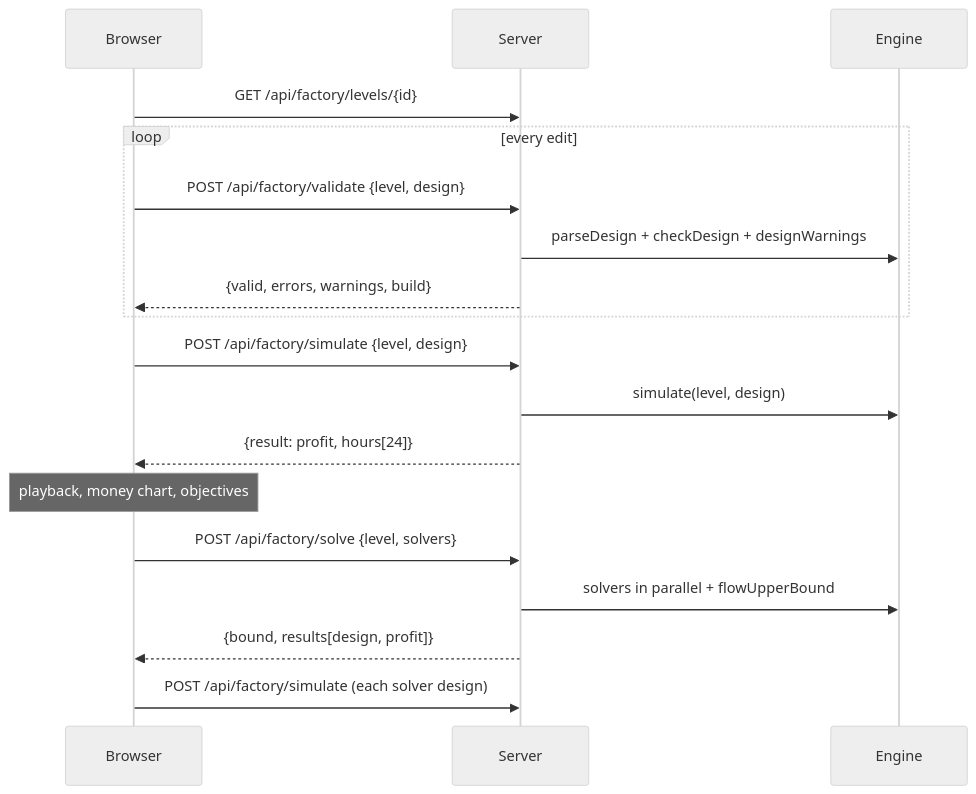
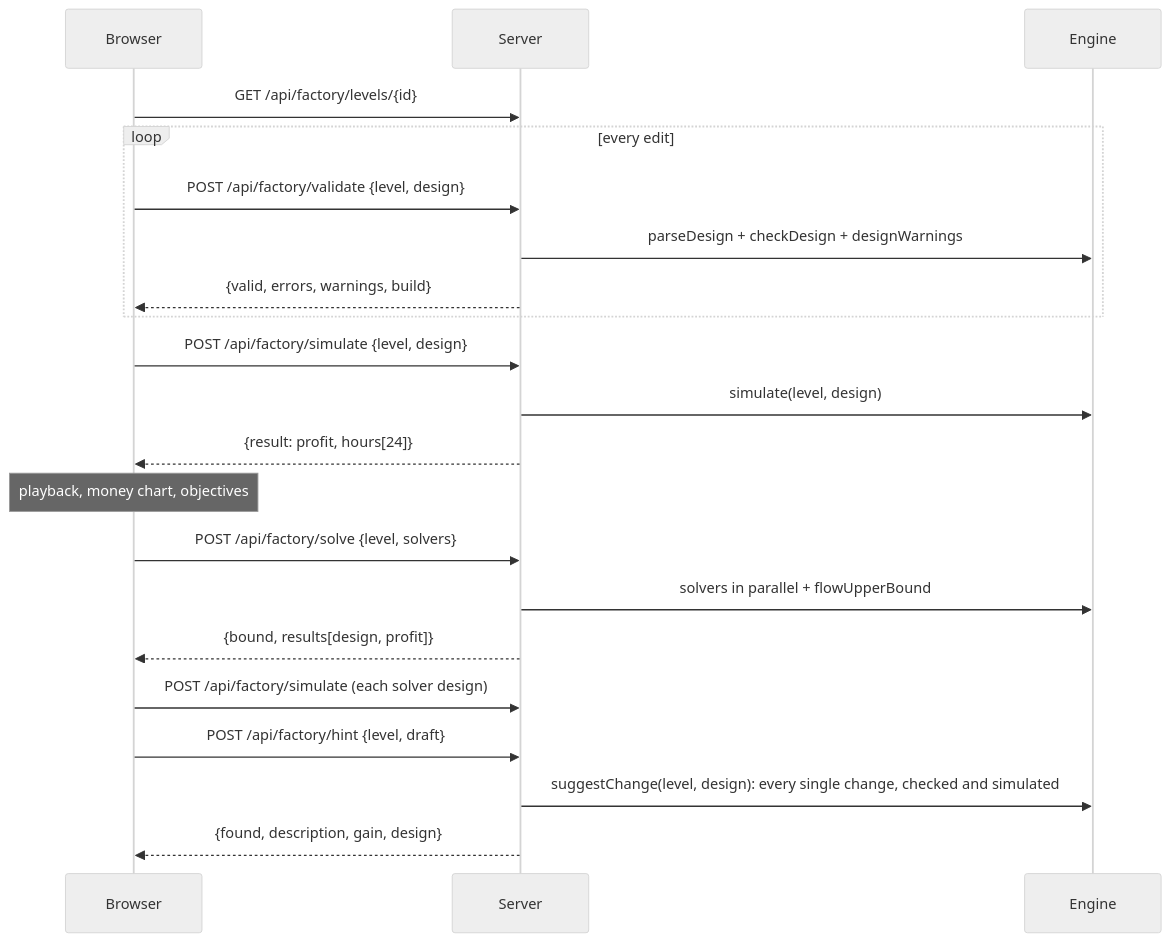
Before and after one commit to XuanGiaHanNguyen/ProcessEngine: the fourth of 4 diagrams in docs/architecture.md, drawn with Mermaid (neutral theme). The commit also changed other lines of this file and 79 other files, not shown here.

````diff
--- a/docs/architecture.md
+++ b/docs/architecture.md
@@ -180,20 +184,23 @@
 ```mermaid
 sequenceDiagram
   participant UI as Browser
   participant S as Server
   participant E as Engine
   UI->>S: GET /api/factory/levels/{id}
   loop every edit
     UI->>S: POST /api/factory/validate {level, design}
     S->>E: parseDesign + checkDesign + designWarnings
     S-->>UI: {valid, errors, warnings, build}
   end
   UI->>S: POST /api/factory/simulate {level, design}
   S->>E: simulate(level, design)
   S-->>UI: {result: profit, hours[24]}
   Note over UI: playback, money chart, objectives
   UI->>S: POST /api/factory/solve {level, solvers}
   S->>E: solvers in parallel + flowUpperBound
   S-->>UI: {bound, results[design, profit]}
   UI->>S: POST /api/factory/simulate (each solver design)
+  UI->>S: POST /api/factory/hint {level, draft}
+  S->>E: suggestChange(level, design): every single change, checked and simulated
+  S-->>UI: {found, description, gain, design}
 ```
````
